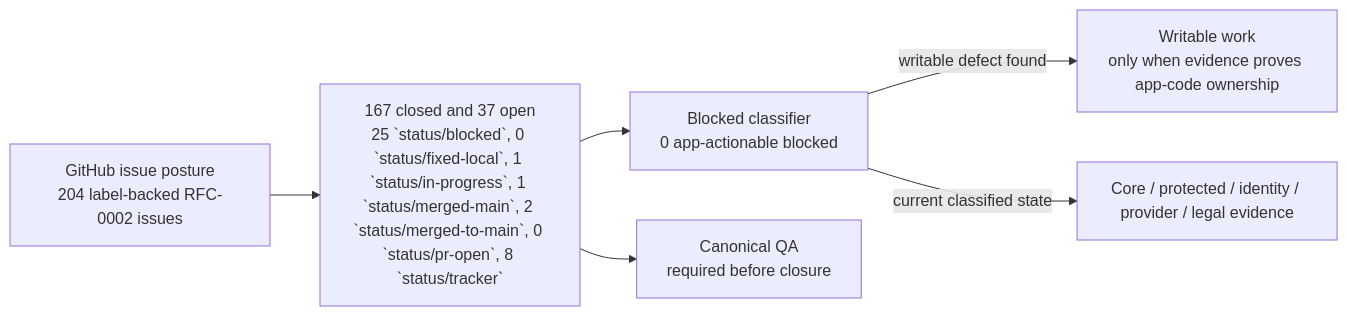
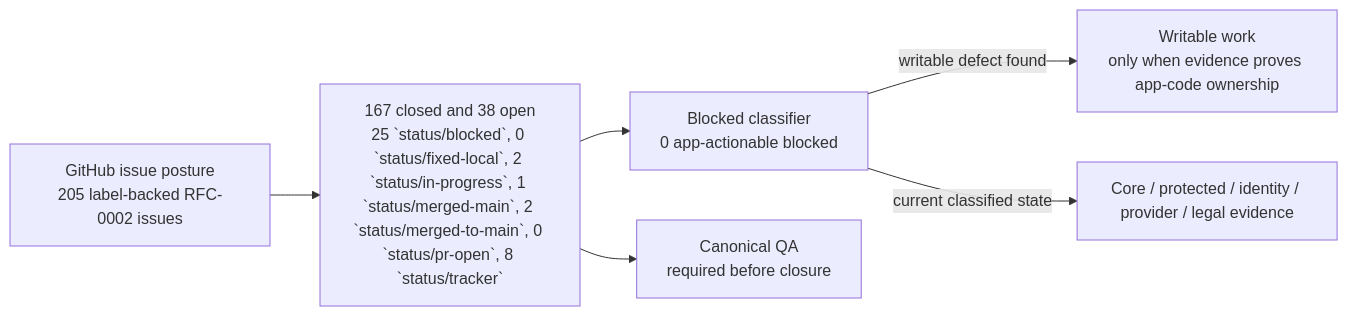
Before and after one commit to sgajbi/lotus-idea: the first of 2 diagrams in wiki/RFC-0002-Execution-Status.md, drawn with Mermaid. The commit also changed other lines of this file and 8 other files, not shown here.

Commit message:
Track RFC-0002 issue 1104 posture

````diff
--- a/wiki/RFC-0002-Execution-Status.md
+++ b/wiki/RFC-0002-Execution-Status.md
@@ -39,15 +39,15 @@
 ```mermaid
 flowchart LR
-    Issues["GitHub issue posture<br/>204 label-backed RFC-0002 issues"]
-    Open["167 closed and 37 open<br/>25 `status/blocked`, 0 `status/fixed-local`, 1 `status/in-progress`, 1 `status/merged-main`, 2 `status/merged-to-main`, 0 `status/pr-open`, 8 `status/tracker`"]
+    Issues["GitHub issue posture<br/>205 label-backed RFC-0002 issues"]
+    Open["167 closed and 38 open<br/>25 `status/blocked`, 0 `status/fixed-local`, 2 `status/in-progress`, 1 `status/merged-main`, 2 `status/merged-to-main`, 0 `status/pr-open`, 8 `status/tracker`"]
     Blocked["Blocked classifier<br/>0 app-actionable blocked"]
     Work["Writable work<br/>only when evidence proves app-code ownership"]
     External["Core / protected / identity / provider / legal evidence"]
     QA["Canonical QA<br/>required before closure"]
 
     Issues --> Open
     Open --> Blocked
     Blocked -->|"writable defect found"| Work
     Blocked -->|"current classified state"| External
     Open --> QA
 ```
````
